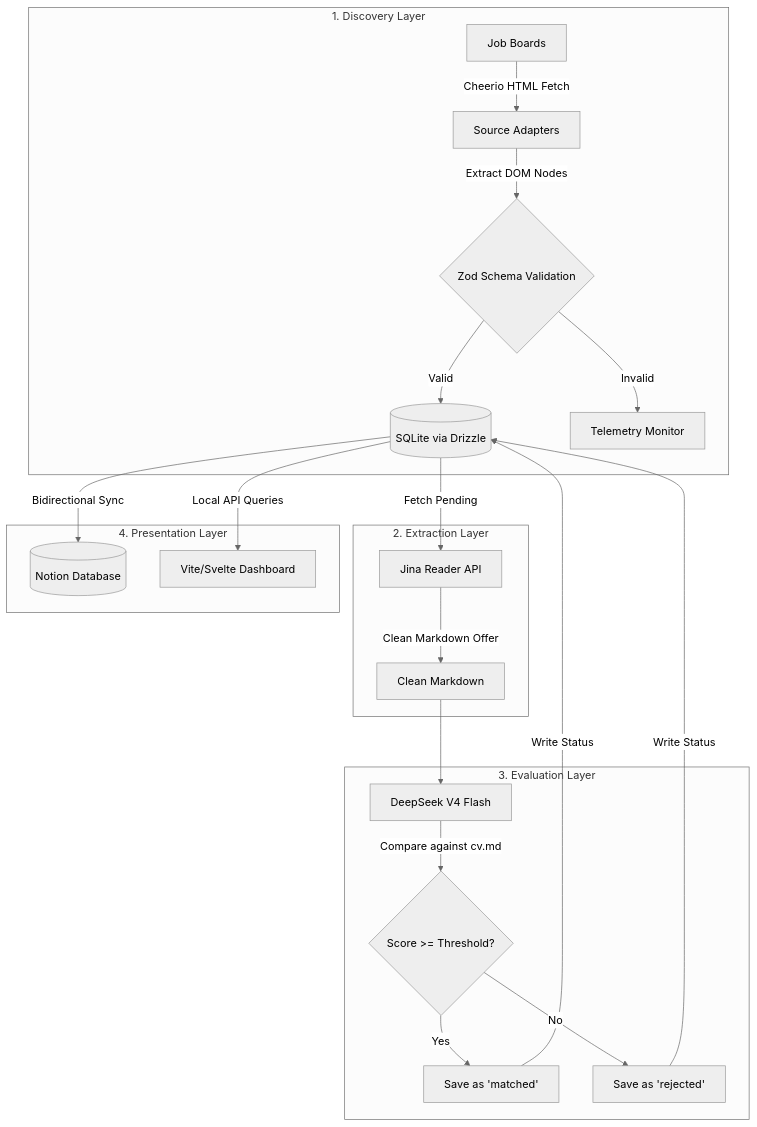
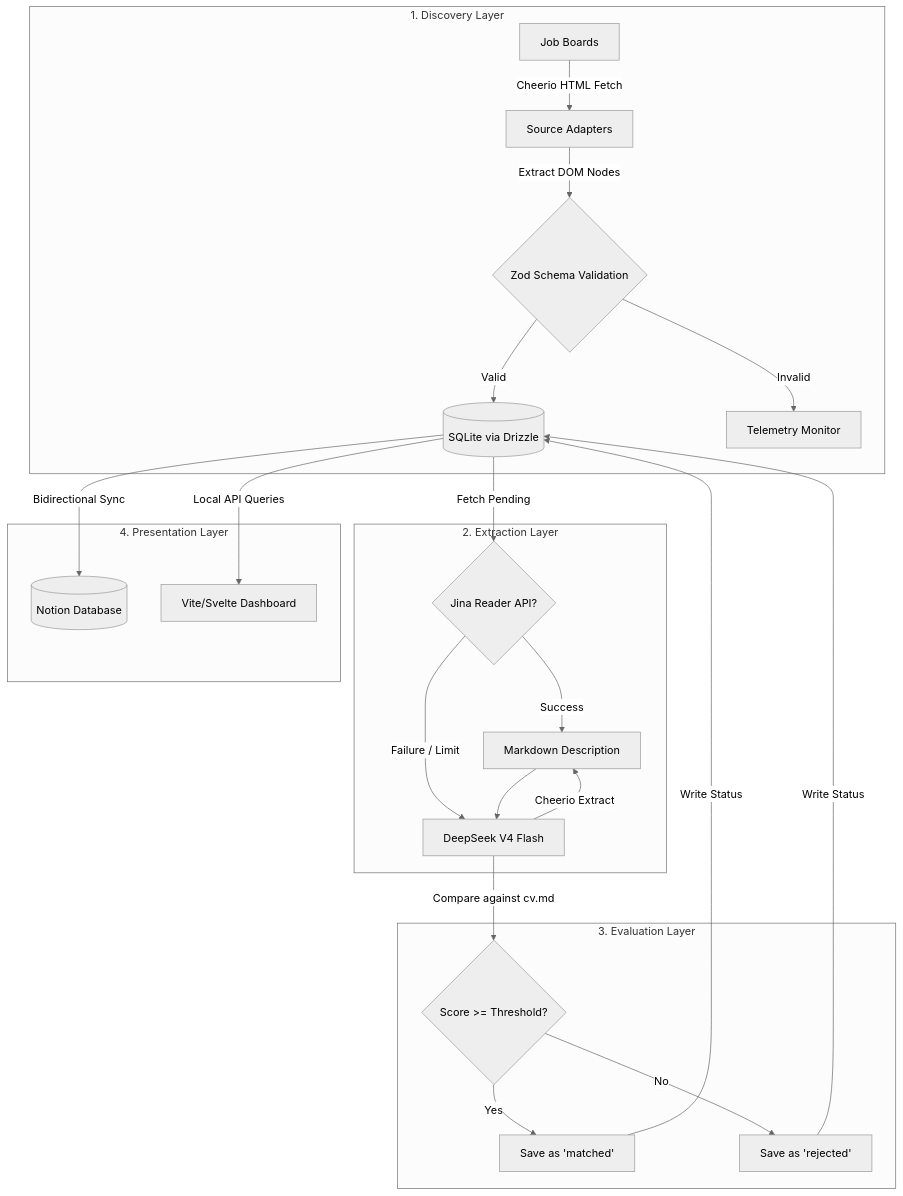
One commit to dandrok/jobetl changed the diagram in README.md. Above: the diagram before and after it, drawn with Mermaid (neutral theme). The commit also changed other lines of this file and 3 other files, not shown here.

First line of the commit message:
fix(pipeline): implement Jina validation, keyless throttling, and local Cheerio fallback

````diff
--- a/README.md
+++ b/README.md
@@ -57,28 +58,30 @@
 ```mermaid
 flowchart TD
     subgraph Discovery [1. Discovery Layer]
         A[Job Boards] -->|Cheerio HTML Fetch| B[Source Adapters]
         B -->|Extract DOM Nodes| C{Zod Schema Validation}
         C -->|Valid| D[(SQLite via Drizzle)]
         C -->|Invalid| E[Telemetry Monitor]
     end
 
     subgraph Extraction [2. Extraction Layer]
-        D -->|Fetch Pending| F[Jina Reader API]
-        F -->|Clean Markdown Offer| G[Clean Markdown]
+        D -->|Fetch Pending| F{Jina Reader API?}
+        F -->|Success| G[Markdown Description]
+        F -->|Failure / Limit| H[Local HTML Fetch]
+        H -->|Cheerio Extract| G
     end
 
     subgraph Intelligence [3. Evaluation Layer]
         G --> H[DeepSeek V4 Flash]
         H -->|Compare against cv.md| I{Score >= Threshold?}
         I -->|Yes| J[Save as 'matched']
         I -->|No| K[Save as 'rejected']
         J -->|Write Status| D
         K -->|Write Status| D
     end
 
     subgraph Presentation [4. Presentation Layer]
         D -->|Bidirectional Sync| L[(Notion Database)]
         D -->|Local API Queries| M[Vite/Svelte Dashboard]
     end
 ```
````
